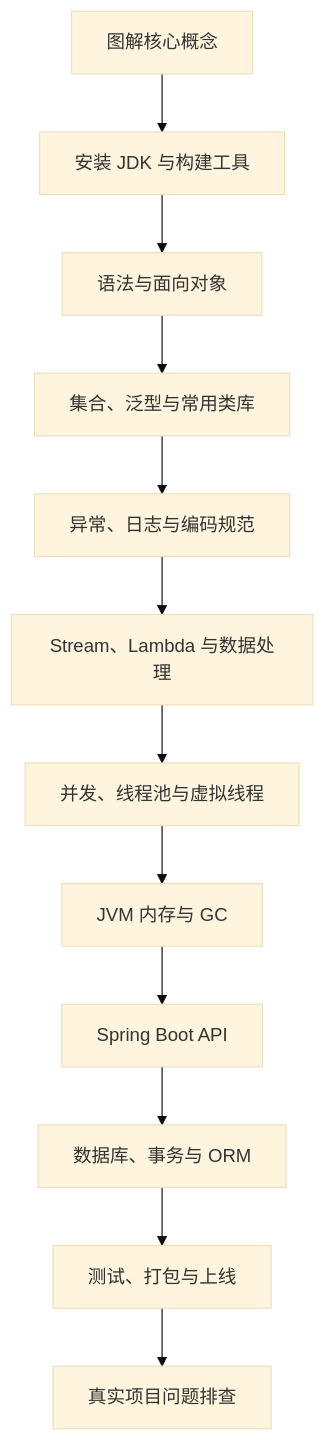
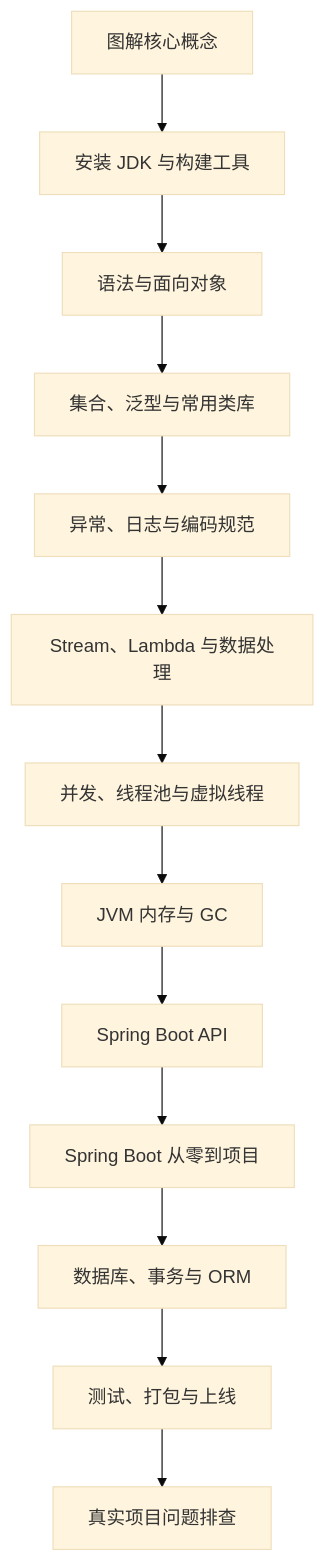
Before and after one commit to yokry-he/yok-study-web: the first of 2 diagrams in docs/java/introduction.md, drawn with Mermaid (base theme). The commit also changed other lines of this file and 6 other files, not shown here.

Commit message:
docs: add spring boot project guide

````diff
--- a/docs/java/introduction.md
+++ b/docs/java/introduction.md
@@ -26,14 +26,15 @@
 ```mermaid
 flowchart TD
   A[图解核心概念] --> B[安装 JDK 与构建工具]
   B --> C[语法与面向对象]
   C --> D[集合、泛型与常用类库]
   D --> E[异常、日志与编码规范]
   E --> F[Stream、Lambda 与数据处理]
   F --> G[并发、线程池与虚拟线程]
   G --> H[JVM 内存与 GC]
   H --> I[Spring Boot API]
-  I --> J[数据库、事务与 ORM]
-  J --> K[测试、打包与上线]
-  K --> L[真实项目问题排查]
+  I --> J[Spring Boot 从零到项目]
+  J --> K[数据库、事务与 ORM]
+  K --> L[测试、打包与上线]
+  L --> M[真实项目问题排查]
 ```
````
